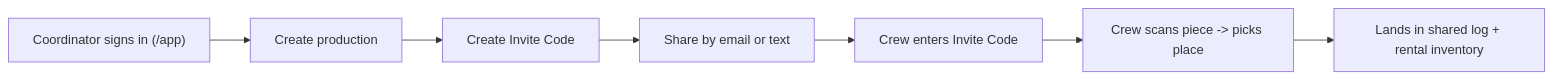
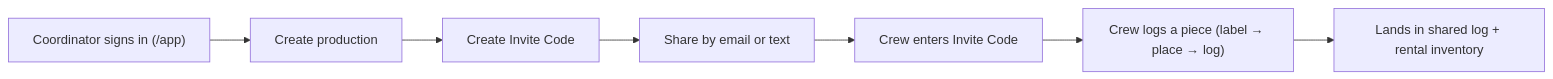
One commit to KeatingMichael/fabric-flo changed the diagram in docs/FABRIC_FLO_GLOSSARY.md. Above: the diagram before and after it, drawn with Mermaid. The commit also changed other lines of this file and 2 other files, not shown here.

First line of the commit message:
Redesign Scan as a Duolingo-style label → place → log flow.

````diff
--- a/docs/FABRIC_FLO_GLOSSARY.md
+++ b/docs/FABRIC_FLO_GLOSSARY.md
@@ -48,9 +48,9 @@
 ```mermaid
 flowchart LR
   signin["Coordinator signs in (/app)"] --> create["Create production"]
   create --> invite["Create Invite Code"]
   invite --> share["Share by email or text"]
   share --> join["Crew enters Invite Code"]
-  join --> scan["Crew scans piece -> picks place"]
+  join --> scan["Crew logs a piece (label → place → log)"]
   scan --> log["Lands in shared log + rental inventory"]
 ```
````
